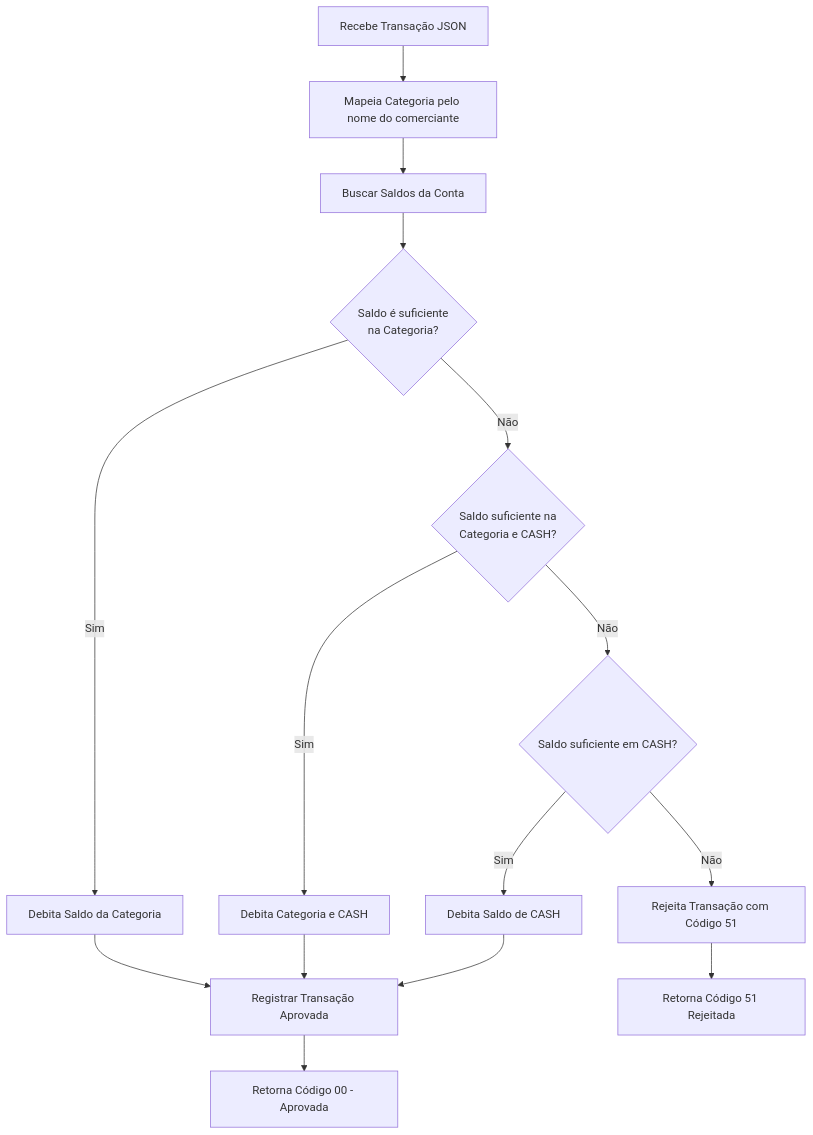
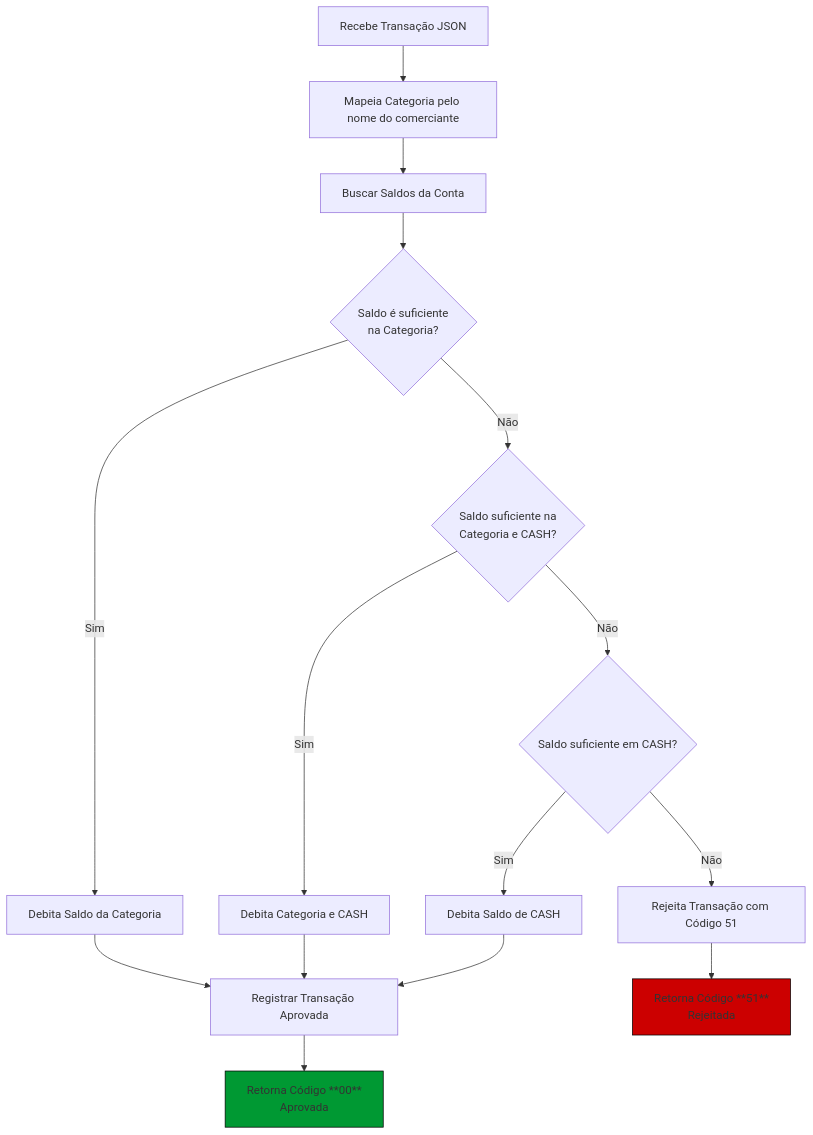
One commit to marciovmartins/jtonynet-go-payments-api changed the first of 4 diagrams in README.md. Above: the diagram before and after it, drawn with Mermaid.

Commit message:
bump version

````diff
--- a/README.md
+++ b/README.md
@@ -388,23 +388,26 @@
 ```mermaid
 flowchart TD
     A[Recebe Transação JSON] --> B[Mapeia Categoria pelo nome do comerciante]
     B --> C[Buscar Saldos da Conta]
     C --> D{Saldo é suficiente <br/> na Categoria?}
     
     D -- Sim --> E[Debita Saldo da Categoria]
     D -- Não --> F{Saldo suficiente na <br/> Categoria e CASH?}
     
     F -- Sim --> G[Debita Categoria e CASH]
     F -- Não --> H{Saldo suficiente em CASH?}
     
     H -- Sim --> I[Debita Saldo de CASH]
     H -- Não --> J[Rejeita Transação com Código 51]
     
     E --> K[Registrar Transação Aprovada]
     G --> K[Registrar Transação Aprovada]
     I --> K[Registrar Transação Aprovada]
     
-    K --> M[Retorna Código 00 - Aprovada]
+    K --> M[Retorna Código **00** <br/> Aprovada]
     
-    J --> N[Retorna Código 51 Rejeitada]
+    J --> N[Retorna Código **51** <br/> Rejeitada]
+
+    style M fill:#009933,stroke:#000
+    style N fill:#cc0000,stroke:#000
 ```
````
